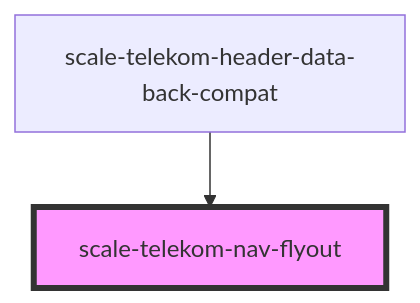
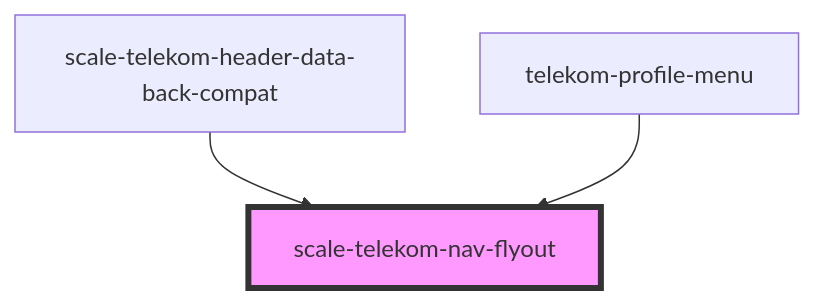
Before and after one commit to telekom/scale: the diagram in packages/components/src/components/telekom/telekom-nav-flyout/readme.md, drawn with Mermaid. The commit also changed other lines of this file and 33 other files, not shown here.

First line of the commit message:
feat(telekom-profile-menu): WIP (#2208)

````diff
--- a/packages/components/src/components/telekom/telekom-nav-flyout/readme.md
+++ b/packages/components/src/components/telekom/telekom-nav-flyout/readme.md
@@ -55,5 +56,6 @@
 ```mermaid
 graph TD;
   scale-telekom-header-data-back-compat --> scale-telekom-nav-flyout
+  telekom-profile-menu --> scale-telekom-nav-flyout
   style scale-telekom-nav-flyout fill:#f9f,stroke:#333,stroke-width:4px
 ```
````
